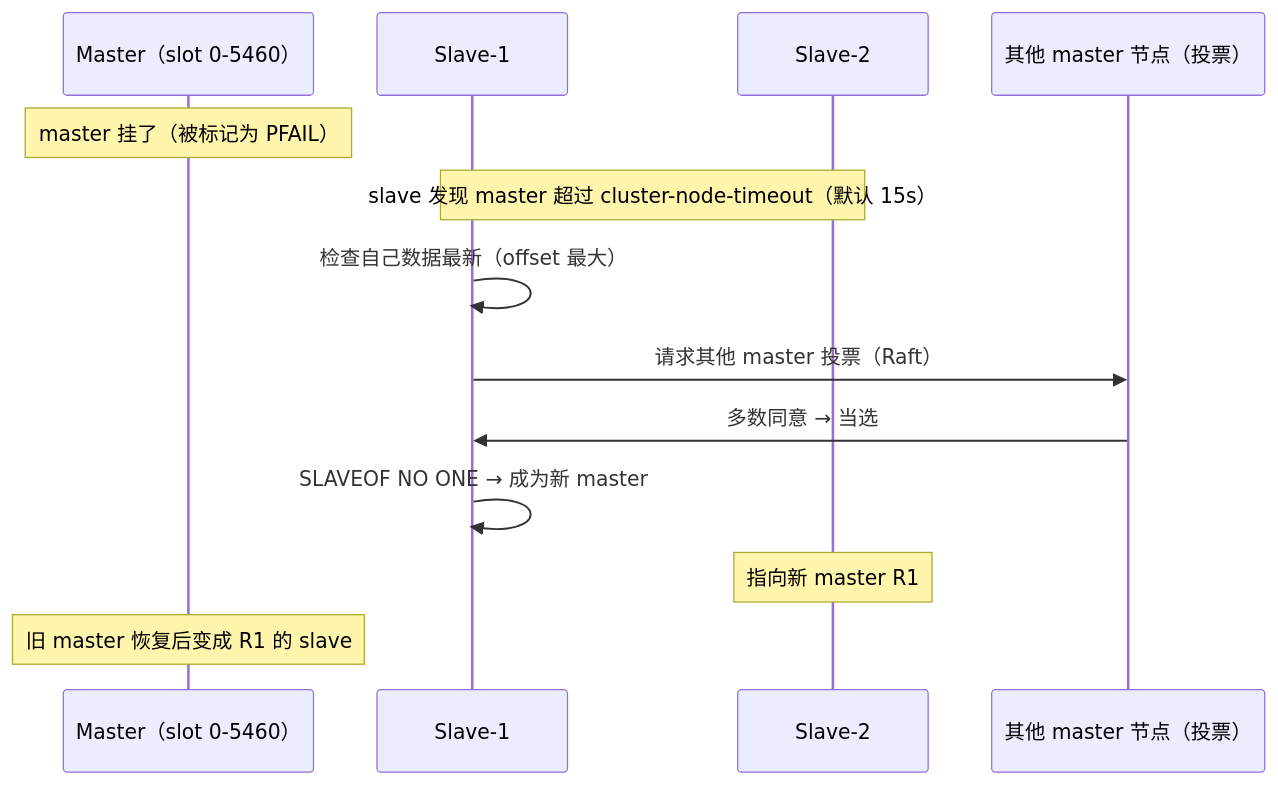
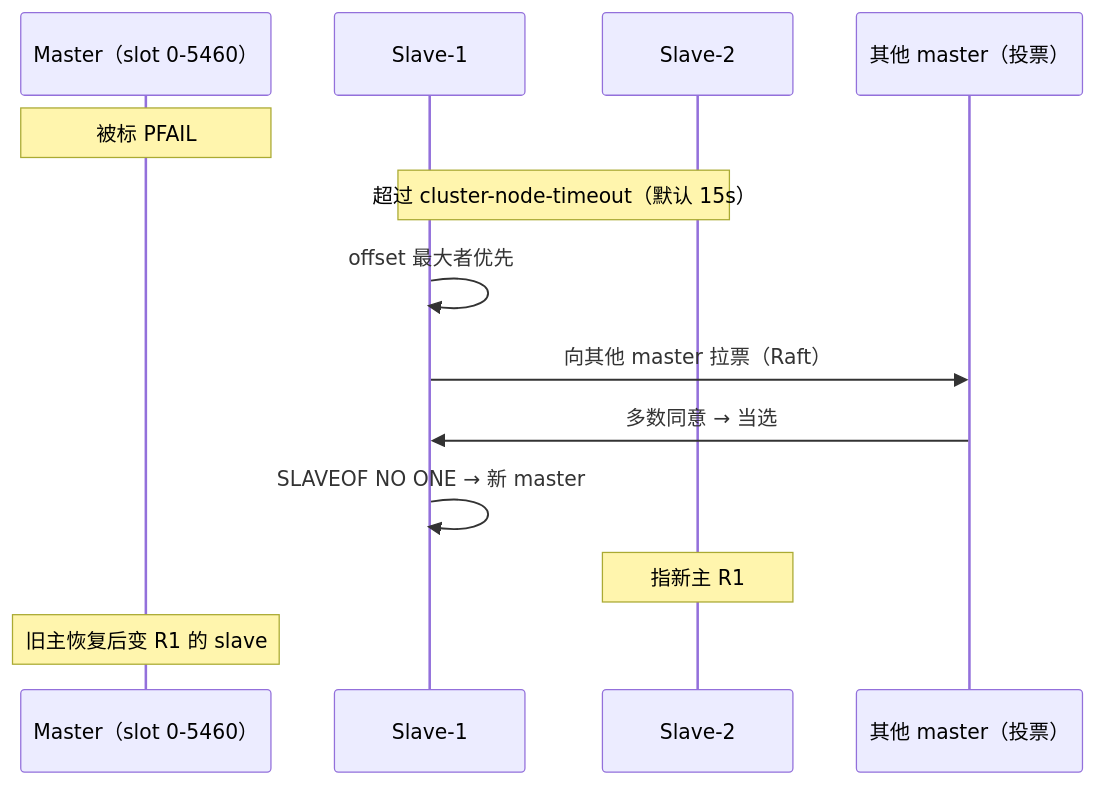
One commit to ml-cuizijun/LearnToLilith changed the fifth of 8 diagrams in 02-中间件与数据库/02-Redis/03-高可用与集群/知识点.md. Above: the diagram before and after it, drawn with Mermaid. The commit also changed other lines of this file and 178 other files, not shown here.

````diff
--- a/02-中间件与数据库/02-Redis/03-高可用与集群/知识点.md
+++ b/02-中间件与数据库/02-Redis/03-高可用与集群/知识点.md
@@ -396,15 +442,15 @@
 ```mermaid
 sequenceDiagram
     participant M as Master（slot 0-5460）
     participant R1 as Slave-1
     participant R2 as Slave-2
-    participant O as 其他 master 节点（投票）
-    Note over M: master 挂了（被标记为 PFAIL）
-    Note over R1,R2: slave 发现 master 超过 cluster-node-timeout（默认 15s）
-    R1->>R1: 检查自己数据最新（offset 最大）
-    R1->>O: 请求其他 master 投票（Raft）
+    participant O as 其他 master（投票）
+    Note over M: 被标 PFAIL
+    Note over R1,R2: 超过 cluster-node-timeout（默认 15s）
+    R1->>R1: offset 最大者优先
+    R1->>O: 向其他 master 拉票（Raft）
     O->>R1: 多数同意 → 当选
-    R1->>R1: SLAVEOF NO ONE → 成为新 master
-    Note over R2: 指向新 master R1
-    Note over M: 旧 master 恢复后变成 R1 的 slave
+    R1->>R1: SLAVEOF NO ONE → 新 master
+    Note over R2: 指新主 R1
+    Note over M: 旧主恢复后变 R1 的 slave
 ```
````
